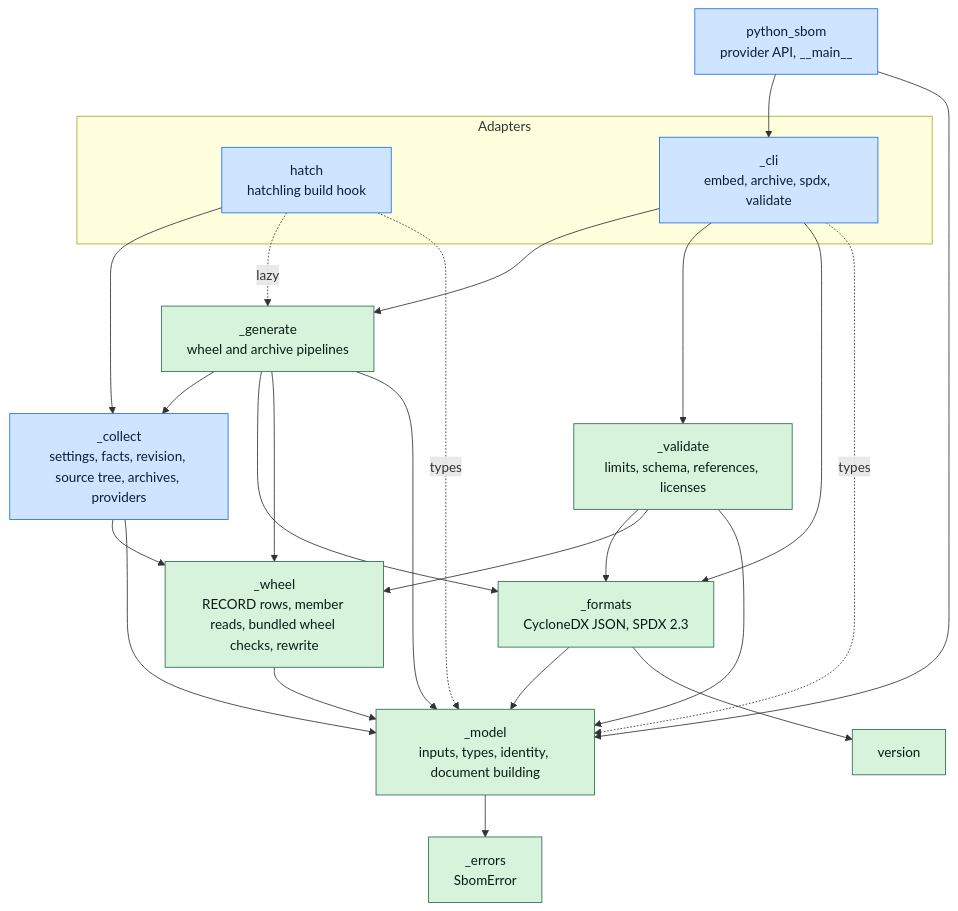
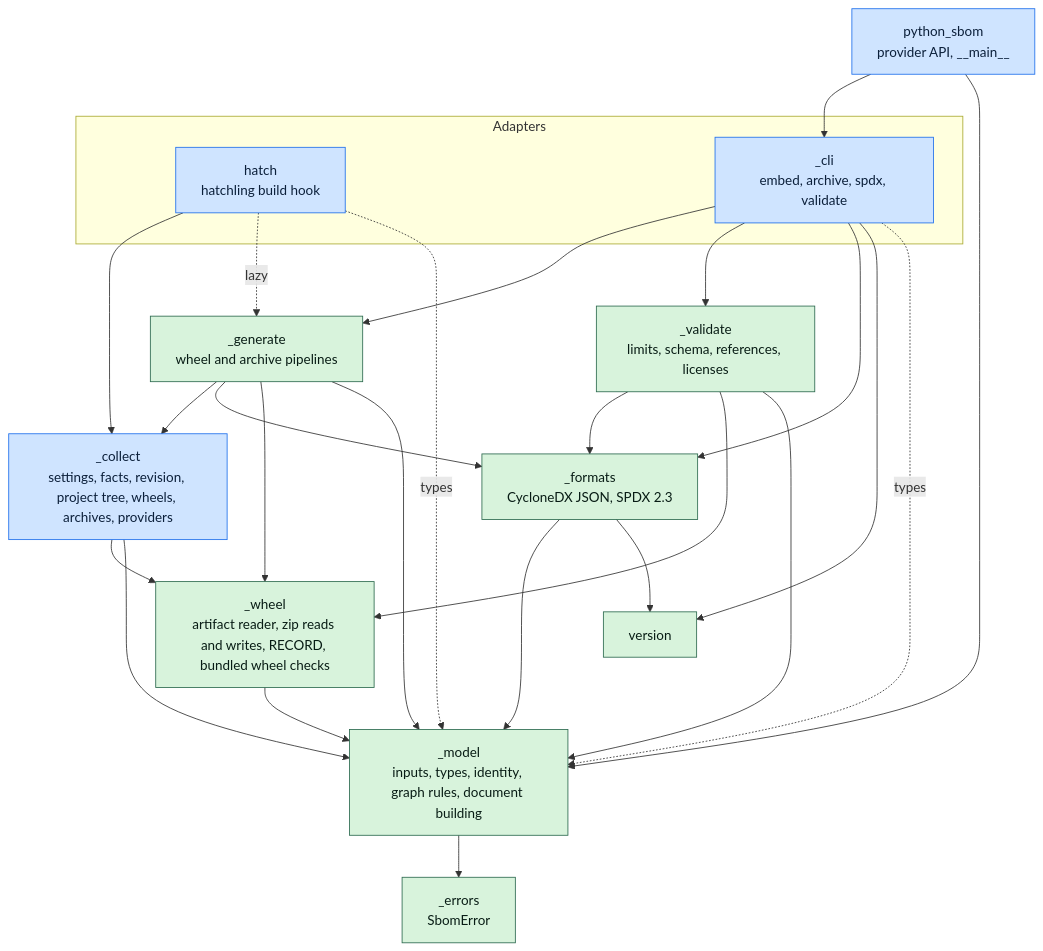
The diagram in docs/explanation.rst (tox-dev/hatch-pep770), drawn with Mermaid before and after one commit. The commit also changed other lines of this file and 50 other files, not shown here.

```diff
--- a/docs/explanation.rst
+++ b/docs/explanation.rst
@@ -19,42 +19,43 @@
 .. mermaid::
 
     flowchart TB
         subgraph adapters[Adapters]
             hook[hatch<br/>hatchling build hook]
             cli[_cli<br/>embed, archive, spdx, validate]
         end
         api[python_sbom<br/>provider API, __main__]
         generate[_generate<br/>wheel and archive pipelines]
-        collect[_collect<br/>settings, facts, revision, source tree, archives, providers]
+        collect[_collect<br/>settings, facts, revision, project tree, wheels, archives, providers]
         validate[_validate<br/>limits, schema, references, licenses]
         formats[_formats<br/>CycloneDX JSON, SPDX 2.3]
-        wheel[_wheel<br/>RECORD rows, member reads, bundled wheel checks, rewrite]
-        model[_model<br/>inputs, types, identity, document building]
+        wheel[_wheel<br/>artifact reader, zip reads and writes, RECORD, bundled wheel checks]
+        model[_model<br/>inputs, types, identity, graph rules, document building]
         errors[_errors<br/>SbomError]
         version[version]
         hook --> collect
         hook -. lazy .-> generate
         hook -. types .-> model
         cli --> generate
         cli --> validate
         cli --> formats
+        cli --> version
         cli -. types .-> model
         api --> cli
         api --> model
         generate --> collect
         generate --> formats
         generate --> wheel
         generate --> model
         collect --> wheel
         collect --> model
         validate --> formats
         validate --> wheel
         validate --> model
         formats --> model
         formats --> version
         model --> errors
         wheel --> model
         classDef edge fill:#cfe4ff,stroke:#1f6feb,color:#0b1f3a;
         classDef core fill:#d8f3dc,stroke:#2d6a4f,color:#081c15;
         class hook,cli,collect,api edge;
         class generate,validate,formats,wheel,model,errors,version core;
```
